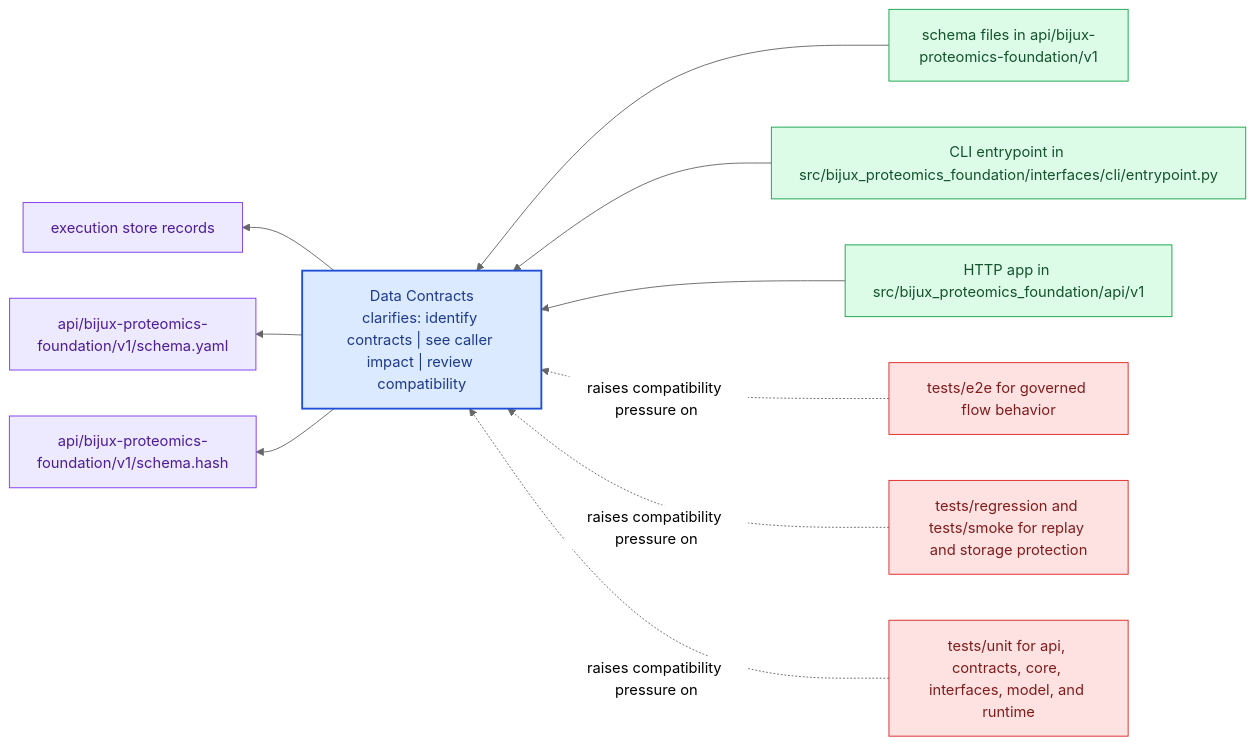
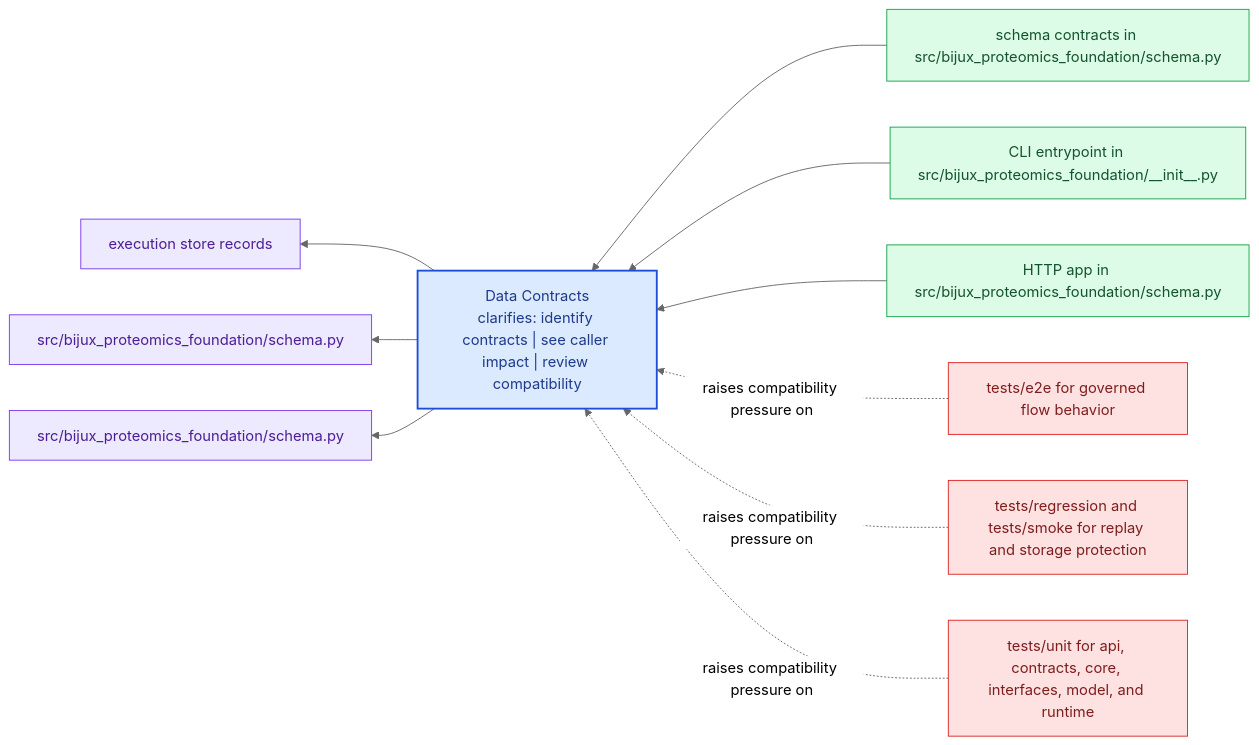
One commit to bijux/bijux-proteomics changed the diagram in docs/bijux-proteomics-foundation/interfaces/data-contracts.md. Above: the diagram before and after it, drawn with Mermaid (neutral theme). The commit also changed other lines of this file and 24 other files, not shown here.

Commit message:
docs(bijux-proteomics-foundation): align package handbook to schema and serialization ownership

````diff
--- a/docs/bijux-proteomics-foundation/interfaces/data-contracts.md
+++ b/docs/bijux-proteomics-foundation/interfaces/data-contracts.md
@@ -23,31 +23,31 @@
 ```mermaid
 flowchart RL
     page["Data Contracts<br/>clarifies: identify contracts | see caller impact | review compatibility"]
     classDef page fill:#dbeafe,stroke:#1d4ed8,color:#1e3a8a,stroke-width:2px;
     classDef positive fill:#dcfce7,stroke:#16a34a,color:#14532d;
     classDef caution fill:#fee2e2,stroke:#dc2626,color:#7f1d1d;
     classDef anchor fill:#ede9fe,stroke:#7c3aed,color:#4c1d95;
     classDef action fill:#fef3c7,stroke:#d97706,color:#7c2d12;
-    surface1["schema files in api/bijux-proteomics-foundation/v1"]
+    surface1["schema contracts in src/bijux_proteomics_foundation/schema.py"]
     surface1 --> page
-    surface2["CLI entrypoint in src/bijux_proteomics_foundation/interfaces/cli/entrypoint.py"]
+    surface2["CLI entrypoint in src/bijux_proteomics_foundation/__init__.py"]
     surface2 --> page
-    surface3["HTTP app in src/bijux_proteomics_foundation/api/v1"]
+    surface3["HTTP app in src/bijux_proteomics_foundation/schema.py"]
     surface3 --> page
     proof1["execution store records"]
     page --> proof1
-    proof2["api/bijux-proteomics-foundation/v1/schema.yaml"]
+    proof2["src/bijux_proteomics_foundation/schema.py"]
     page --> proof2
-    proof3["api/bijux-proteomics-foundation/v1/schema.hash"]
+    proof3["src/bijux_proteomics_foundation/schema.py"]
     page --> proof3
     review1["tests/e2e for governed flow behavior"]
     review1 -.raises compatibility pressure on.-> page
     review2["tests/regression and tests/smoke for replay and storage protection"]
     review2 -.raises compatibility pressure on.-> page
     review3["tests/unit for api, contracts, core, interfaces, model, and runtime"]
     review3 -.raises compatibility pressure on.-> page
     class page page;
     class surface1,surface2,surface3 positive;
     class proof1,proof2,proof3 anchor;
     class review1,review2,review3 caution;
 ```
````
